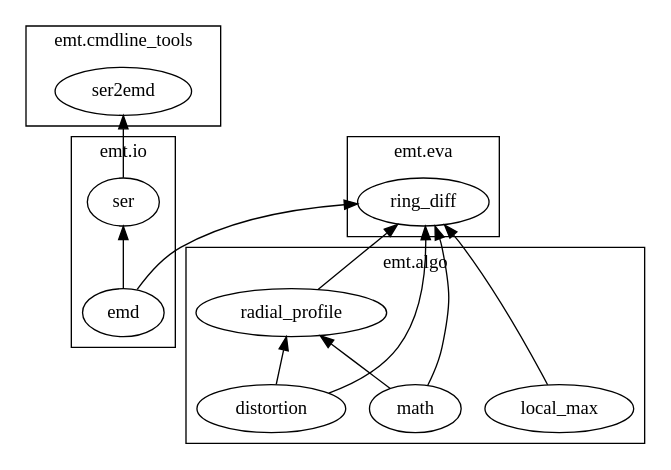
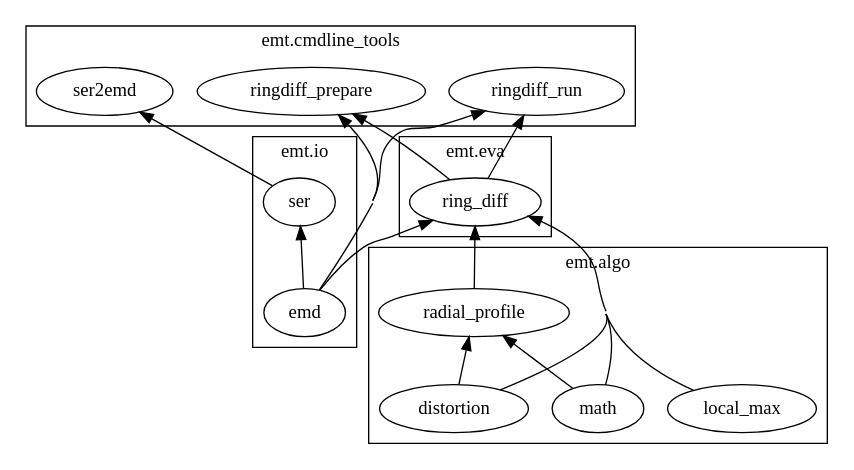
Before and after one commit to fniekiel/emt: the diagram in docs/module_layout.dot, drawn with Graphviz.

Commit message:
updated module layout in docs

```diff
--- a/docs/module_layout.dot
+++ b/docs/module_layout.dot
@@ -1,52 +1,61 @@
 digraph modules {
     rankdir = BT;
     labelloc = "b";
+    concentrate = true;
 
     subgraph "cluster_emt.io"{
     label = "emt.io";
     
     "emt.io.emd" [label="emd"];
     
     "emt.io.ser" [label="ser"];
 
     
     }
     
     subgraph "cluster_emt.algo"{
     label = "emt.algo";
     
     "emt.algo.local_max" [label="local_max"];
     "emt.algo.distortion" [label="distortion"];
     "emt.algo.radial_profile" [label="radial_profile"];
     "emt.algo.math" [label="math"];
     
     }
     
     subgraph "cluster_emt.eva"{
     label = "emt.eva";
     
     "emt.eva.ring_diff" [label="ring_diff"];
 
     
     }
     
     subgraph "cluster_emt.cmdline_tools" {
     label = "emt.cmdline_tools";
     
     "emt.cmdline_tools.ser2emd" [label="ser2emd"];
+    "emt.cmdline_tools.ringdiff_prepare" [label="ringdiff_prepare"];
+    "emt.cmdline_tools.ringdiff_run" [label="ringdiff_run"];
 
     }
     
     "emt.io.emd" -> "emt.io.ser";
     
     "emt.algo.distortion" -> "emt.algo.radial_profile";
     "emt.algo.math" -> "emt.algo.radial_profile";
     
     "emt.algo.local_max" -> "emt.eva.ring_diff";
     "emt.algo.distortion" -> "emt.eva.ring_diff";
     "emt.algo.radial_profile" -> "emt.eva.ring_diff";
     "emt.algo.math" -> "emt.eva.ring_diff";
     "emt.io.emd" -> "emt.eva.ring_diff";
     
     "emt.io.ser" -> "emt.cmdline_tools.ser2emd";
+    
+    "emt.io.emd" -> "emt.cmdline_tools.ringdiff_prepare";
+    "emt.eva.ring_diff" -> "emt.cmdline_tools.ringdiff_prepare";
+    
+    "emt.io.emd" -> "emt.cmdline_tools.ringdiff_run";
+    "emt.eva.ring_diff" -> "emt.cmdline_tools.ringdiff_run";
 }
```
